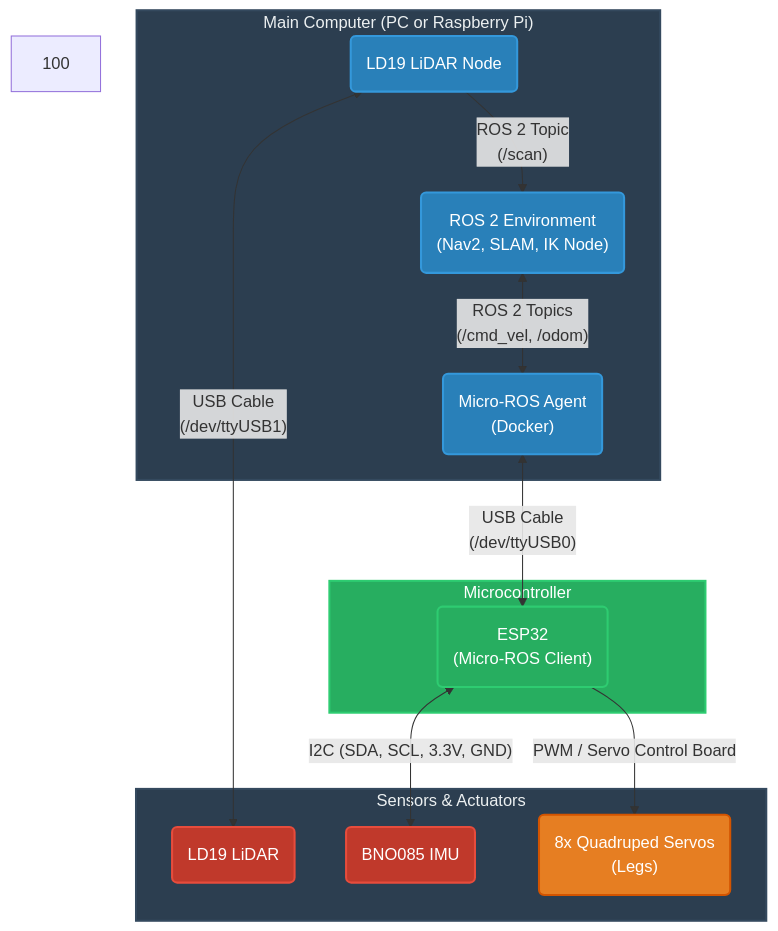
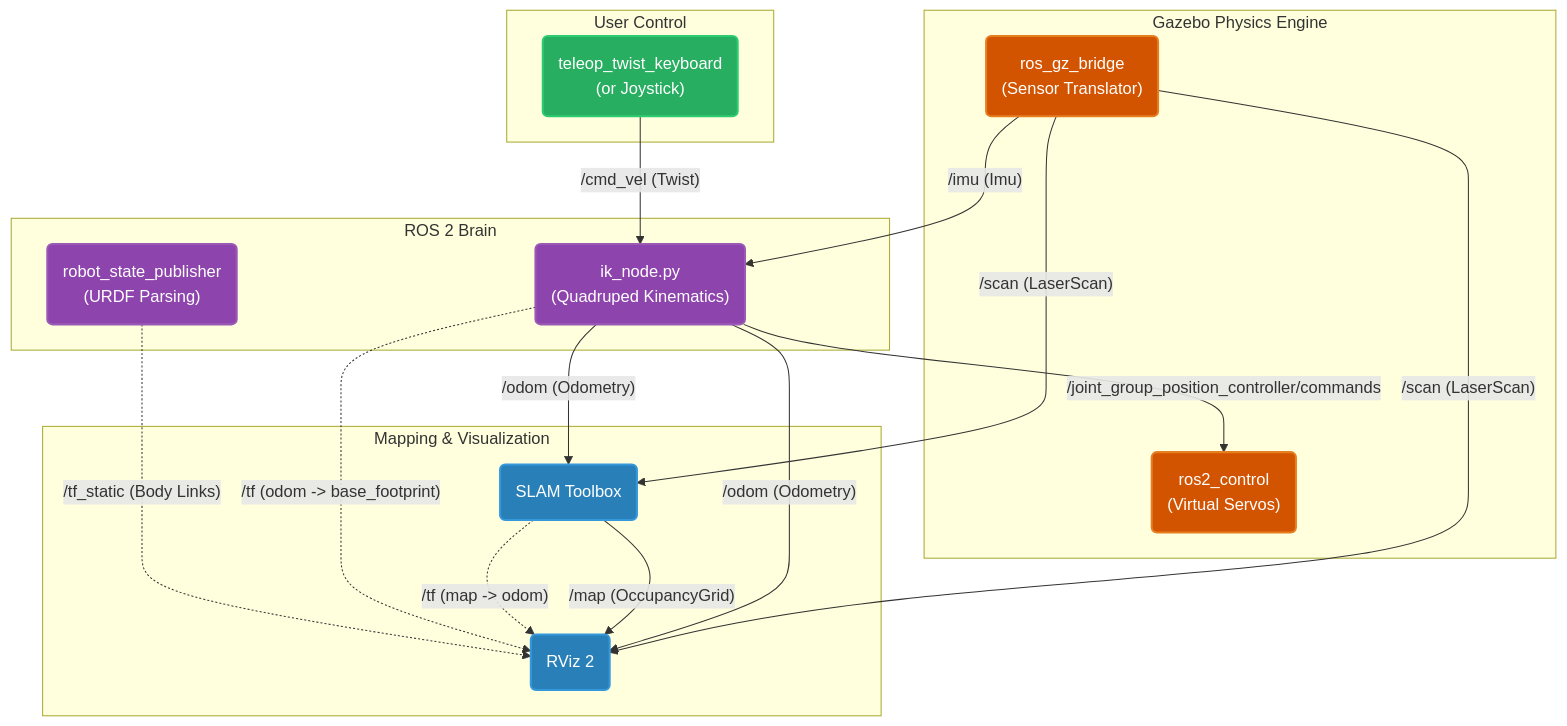
Before and after one commit to joschmaCYU/Quadruped: the second of 3 diagrams in README.md, drawn with Mermaid. The commit also changed other lines of this file and 3 other files, not shown here.

````diff
--- a/README.md
+++ b/README.md
@@ -179,40 +106,46 @@
 ```mermaid
 graph TD
     %% Define Styles
-    classDef pc fill:#2c3e50,stroke:#34495e,stroke-width:2px,color:#ecf0f1
-    classDef esp fill:#27ae60,stroke:#2ecc71,stroke-width:2px,color:#fff
-    classDef sensor fill:#c0392b,stroke:#e74c3c,stroke-width:2px,color:#fff
-    classDef actuator fill:#e67e22,stroke:#d35400,stroke-width:2px,color:#fff
-    classDef software fill:#2980b9,stroke:#3498db,stroke-width:2px,color:#fff
-100
-    subgraph Main_Computer ["Main Computer (PC or Raspberry Pi)"]
-        ROS2("ROS 2 Environment<br>(Nav2, SLAM, IK Node)"):::software
-        U_Agent("Micro-ROS Agent<br>(Docker)"):::software
-        L_Node("LD19 LiDAR Node"):::software
+    classDef input fill:#27ae60,stroke:#2ecc71,stroke-width:2px,color:#fff
+    classDef core fill:#8e44ad,stroke:#9b59b6,stroke-width:2px,color:#fff
+    classDef sim fill:#d35400,stroke:#e67e22,stroke-width:2px,color:#fff
+    classDef viz fill:#2980b9,stroke:#3498db,stroke-width:2px,color:#fff
 
-        ROS2 <-->|"ROS 2 Topics<br>(/cmd_vel, /odom)"| U_Agent
-        L_Node -->|"ROS 2 Topic<br>(/scan)"| ROS2
+    subgraph User_Input ["User Control"]
+        TELEOP("teleop_twist_keyboard<br>(or Joystick)"):::input
     end
 
-    subgraph Microcontroller ["Microcontroller"]
-        ESP32("ESP32<br>(Micro-ROS Client)"):::esp
+    subgraph ROS2_Logic ["ROS 2 Brain"]
+        IK_NODE("ik_node.py<br>(Quadruped Kinematics)"):::core
+        RSP("robot_state_publisher<br>(URDF Parsing)"):::core
     end
 
-    subgraph Peripherals ["Sensors & Actuators"]
-        LD19("LD19 LiDAR"):::sensor
-        IMU("BNO085 IMU"):::sensor
-        Servos("8x Quadruped Servos<br>(Legs)"):::actuator
+    subgraph Simulation ["Gazebo Physics Engine"]
+        BRIDGE("ros_gz_bridge<br>(Sensor Translator)"):::sim
+        R2C("ros2_control<br>(Virtual Servos)"):::sim
     end
 
-    %% Hardware Connections
-    U_Agent <-->|"USB Cable<br>(/dev/ttyUSB0)"| ESP32
-    L_Node <-->|"USB Cable<br>(/dev/ttyUSB1)"| LD19
+    subgraph Mapping_and_Viz ["Mapping & Visualization"]
+        SLAM("SLAM Toolbox"):::viz
+        RVIZ("RViz 2"):::viz
+    end
 
-    ESP32 <-->|"I2C (SDA, SCL, 3.3V, GND)"| IMU
-    ESP32 -->|"PWM / Servo Control Board"| Servos
+    %% --- COMMAND FLOW (How it moves) ---
+    TELEOP -->|" /cmd_vel (Twist)"| IK_NODE
+    IK_NODE -->|" /joint_group_position_controller/commands"| R2C
+    
+    %% --- SENSOR FLOW (How it sees/feels) ---
+    BRIDGE -->|" /imu (Imu)"| IK_NODE
+    BRIDGE -->|" /scan (LaserScan)"| SLAM
+    BRIDGE -->|" /scan (LaserScan)"| RVIZ
+    
+    %% --- ODOMETRY & MAPPING FLOW ---
+    IK_NODE -->|" /odom (Odometry)"| SLAM
+    IK_NODE -->|" /odom (Odometry)"| RVIZ
+    SLAM -->|" /map (OccupancyGrid)"| RVIZ
 
-    %% Apply Styles
-    class Main_Computer pc
-    class Microcontroller esp
-    class Peripherals pc
+    %% --- TF TREE (Coordinate Math - Dotted Lines) ---
+    SLAM -.->|" /tf (map -> odom)"| RVIZ
+    IK_NODE -.->|" /tf (odom -> base_footprint)"| RVIZ
+    RSP -.->|" /tf_static (Body Links)"| RVIZ
 ```
````
